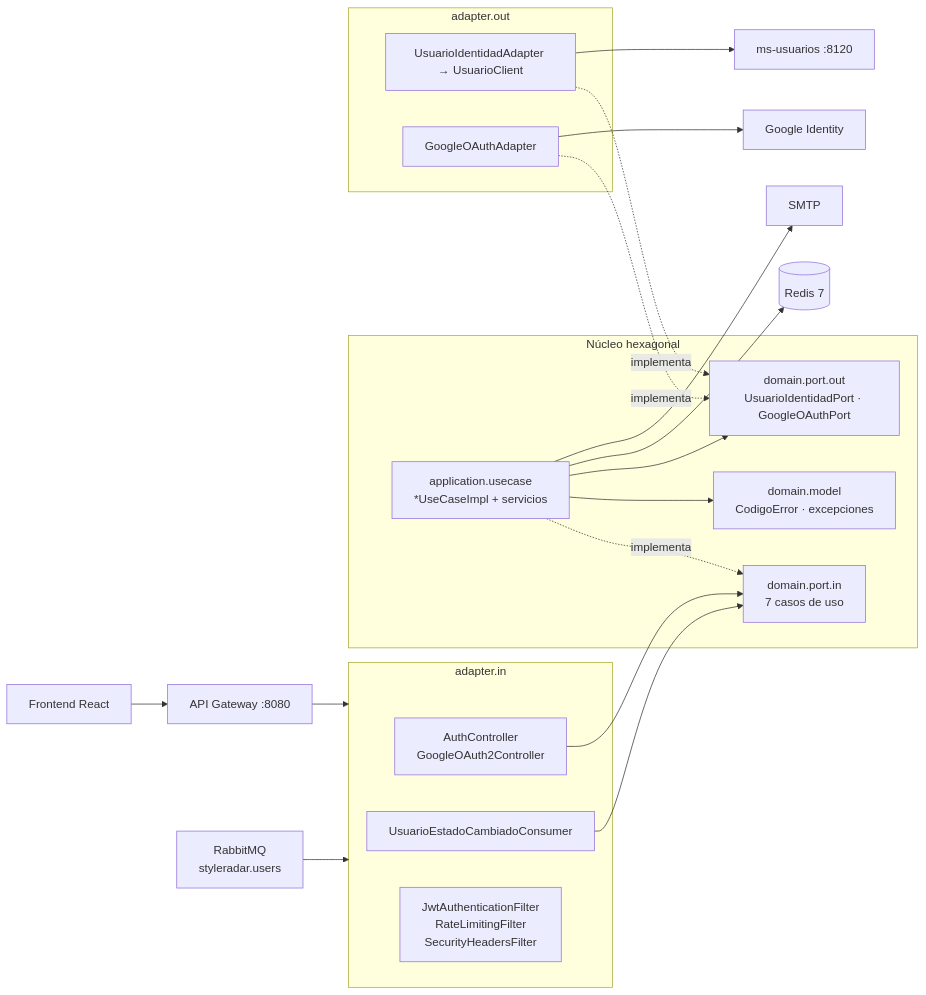
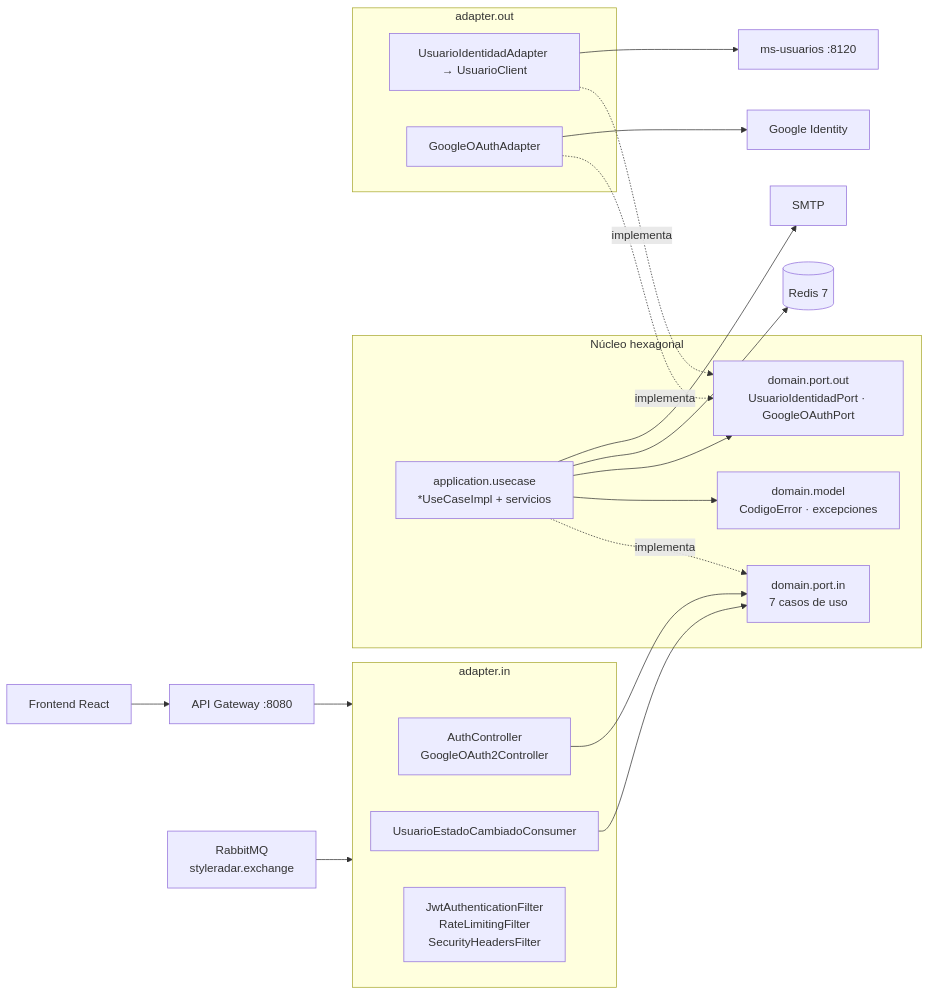
One commit to StyleRadar1/CADCHE-Authentication-Service changed the first of 2 diagrams in README.md. Above: the diagram before and after it, drawn with Mermaid. The commit also changed other lines of this file and 4 other files, not shown here.

Commit message:
fix(auth): unificar exchange de RabbitMQ en styleradar.exchange

````diff
--- a/README.md
+++ b/README.md
@@ -123,32 +123,32 @@
 ```mermaid
 flowchart LR
     FRONT["Frontend React"] --> GW["API Gateway :8080"]
     GW --> IN
-    MQ["RabbitMQ<br>styleradar.users"] --> IN
+    MQ["RabbitMQ<br>styleradar.exchange"] --> IN
     subgraph IN["adapter.in"]
         REST["AuthController<br>GoogleOAuth2Controller"]
         AMQP["UsuarioEstadoCambiadoConsumer"]
         FIL["JwtAuthenticationFilter<br>RateLimitingFilter<br>SecurityHeadersFilter"]
     end
     subgraph CORE["Núcleo hexagonal"]
         PIN["domain.port.in<br>7 casos de uso"]
         APP["application.usecase<br>*UseCaseImpl + servicios"]
         DOM["domain.model<br>CodigoError · excepciones"]
         POUT["domain.port.out<br>UsuarioIdentidadPort · GoogleOAuthPort"]
     end
     subgraph OUT["adapter.out"]
         UA["UsuarioIdentidadAdapter → UsuarioClient"]
         GA["GoogleOAuthAdapter"]
     end
     REST --> PIN
     AMQP --> PIN
     APP -. implementa .-> PIN
     APP --> DOM
     APP --> POUT
     UA -. implementa .-> POUT
     GA -. implementa .-> POUT
     UA --> USU["ms-usuarios :8120"]
     GA --> GOO["Google Identity"]
     APP --> REDIS[("Redis 7")]
     APP --> SMTP["SMTP"]
 ```
````
